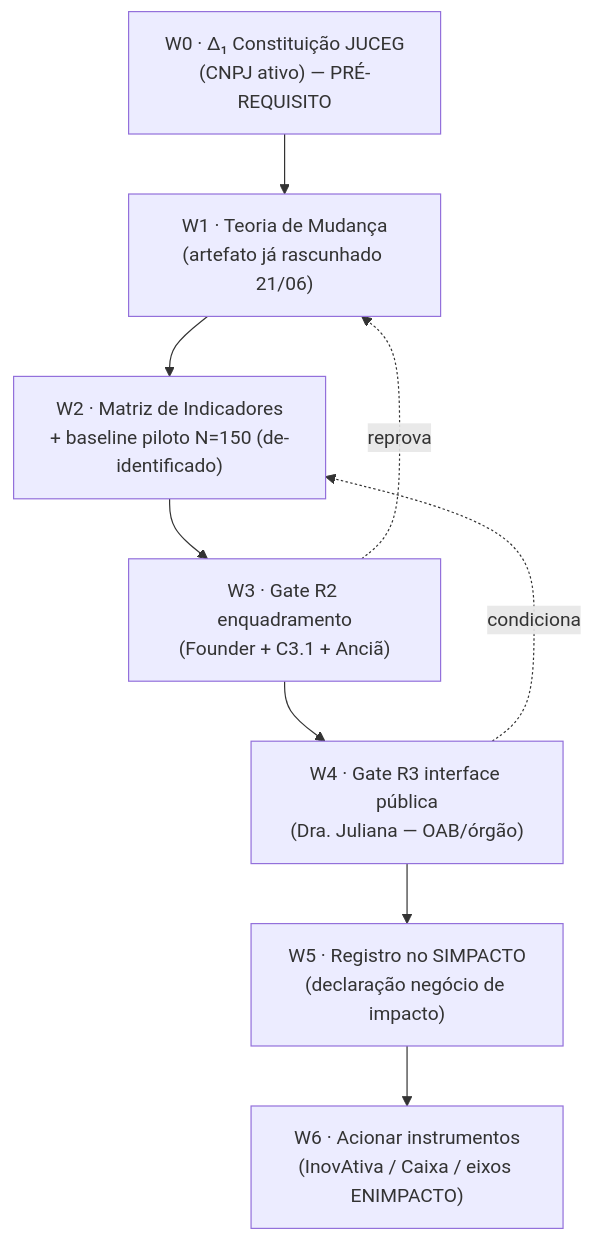
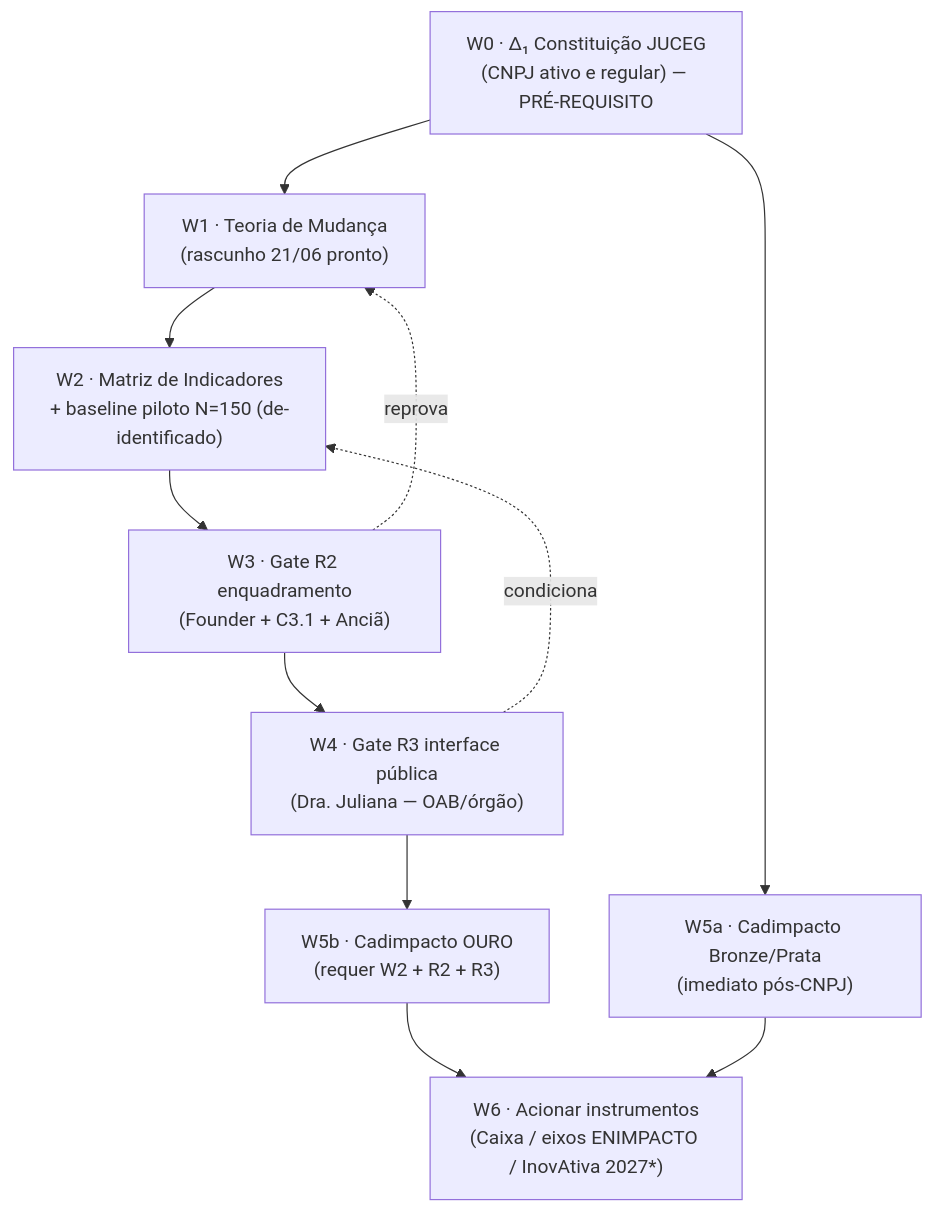
One commit to meucumpadre/meu-cumpadre changed the diagram in Documentação/Intelligence/MC-PLAY-EnquadramentoEconomiaImpacto-SIMPACTO-PosJUCEG-v0_1-PROVISIONAL-2026-0621.md. Above: the diagram before and after it, drawn with Mermaid. The commit also changed other lines of this file, not shown here.

First line of the commit message:
docs(estrategia): v0.2 - pesquisa dirigida fecha 3 de 4 lacunas do PLAY economia de impacto

````diff
--- a/Documentação/Intelligence/MC-PLAY-EnquadramentoEconomiaImpacto-SIMPACTO-PosJUCEG-v0_1-PROVISIONAL-2026-0621.md
+++ b/Documentação/Intelligence/MC-PLAY-EnquadramentoEconomiaImpacto-SIMPACTO-PosJUCEG-v0_1-PROVISIONAL-2026-0621.md
@@ -56,14 +86,17 @@
 ```mermaid
 flowchart TD
-    W0["W0 · Δ₁ Constituição JUCEG\n(CNPJ ativo) — PRÉ-REQUISITO"]
-    W1["W1 · Teoria de Mudança\n(artefato já rascunhado 21/06)"]
+    W0["W0 · Δ₁ Constituição JUCEG\n(CNPJ ativo e regular) — PRÉ-REQUISITO"]
+    W1["W1 · Teoria de Mudança\n(rascunho 21/06 pronto)"]
     W2["W2 · Matriz de Indicadores\n+ baseline piloto N=150 (de-identificado)"]
     W3["W3 · Gate R2 enquadramento\n(Founder + C3.1 + Anciã)"]
     W4["W4 · Gate R3 interface pública\n(Dra. Juliana — OAB/órgão)"]
-    W5["W5 · Registro no SIMPACTO\n(declaração negócio de impacto)"]
-    W6["W6 · Acionar instrumentos\n(InovAtiva / Caixa / eixos ENIMPACTO)"]
+    W5a["W5a · Cadimpacto Bronze/Prata\n(imediato pós-CNPJ)"]
+    W5b["W5b · Cadimpacto OURO\n(requer W2 + R2 + R3)"]
+    W6["W6 · Acionar instrumentos\n(Caixa / eixos ENIMPACTO / InovAtiva 2027*)"]
 
-    W0 --> W1 --> W2 --> W3 --> W4 --> W5 --> W6
+    W0 --> W5a
+    W0 --> W1 --> W2 --> W3 --> W4 --> W5b --> W6
+    W5a --> W6
     W3 -. reprova .-> W1
     W4 -. condiciona .-> W2
 ```
````
